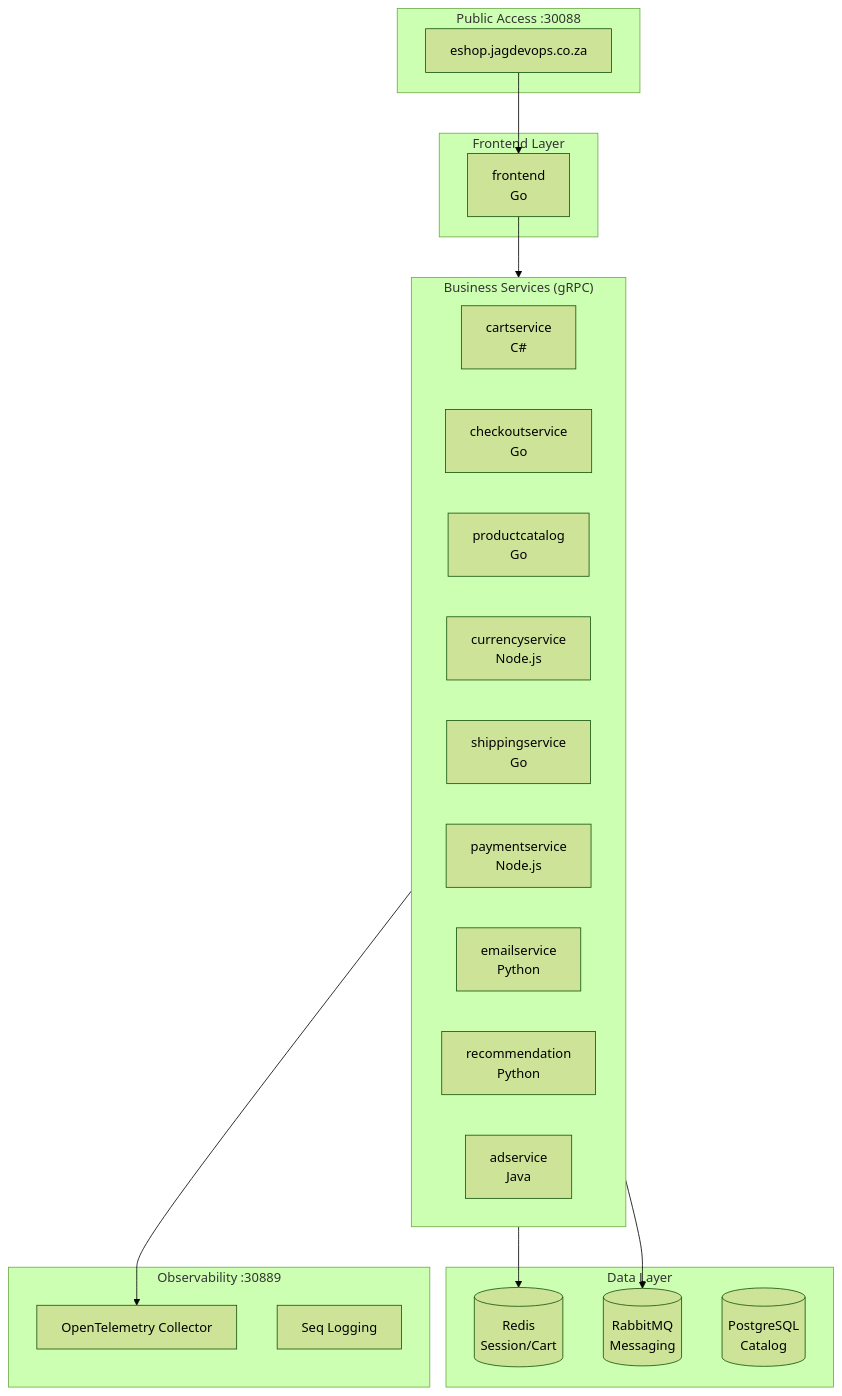
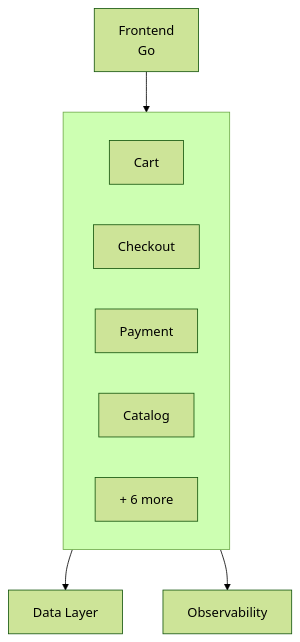
One commit to GABRIELS562/Architecture- changed the third of 4 diagrams in README.md. Above: the diagram before and after it, drawn with Mermaid (forest theme). The commit also changed other lines of this file, not shown here.

First line of the commit message:
Clean architecture overview - remove sensitive details

````diff
--- a/README.md
+++ b/README.md
@@ -156,40 +83,15 @@
 ```mermaid
 flowchart TB
-    subgraph External["Public Access :30088"]
-        LB["eshop.jagdevops.co.za"]
+    FE["Frontend<br/>Go"] --> SVC["Business Services<br/>gRPC"]
+    SVC --> DATA["Data Layer"]
+    SVC --> OBS["Observability"]
+
+    subgraph SVC[" "]
+        direction LR
+        S1["Cart"]
+        S2["Checkout"]
+        S3["Payment"]
+        S4["Catalog"]
+        S5["+ 6 more"]
     end
-
-    subgraph Frontend["Frontend Layer"]
-        FE["frontend<br/>Go"]
-    end
-
-    subgraph Services["Business Services (gRPC)"]
-        direction LR
-        CART["cartservice<br/>C#"]
-        CHECKOUT["checkoutservice<br/>Go"]
-        PRODUCT["productcatalog<br/>Go"]
-        CURRENCY["currencyservice<br/>Node.js"]
-        SHIPPING["shippingservice<br/>Go"]
-        PAYMENT["paymentservice<br/>Node.js"]
-        EMAIL["emailservice<br/>Python"]
-        RECOMMEND["recommendation<br/>Python"]
-        AD["adservice<br/>Java"]
-    end
-
-    subgraph Data["Data Layer"]
-        REDIS[("Redis<br/>Session/Cart")]
-        RABBIT[("RabbitMQ<br/>Messaging")]
-        PG[("PostgreSQL<br/>Catalog")]
-    end
-
-    subgraph Observability["Observability :30889"]
-        OTEL["OpenTelemetry Collector"]
-        SEQ["Seq Logging"]
-    end
-
-    LB --> FE
-    FE --> Services
-    CART --> REDIS
-    CHECKOUT --> RABBIT
-    Services --> OTEL
 ```
````
